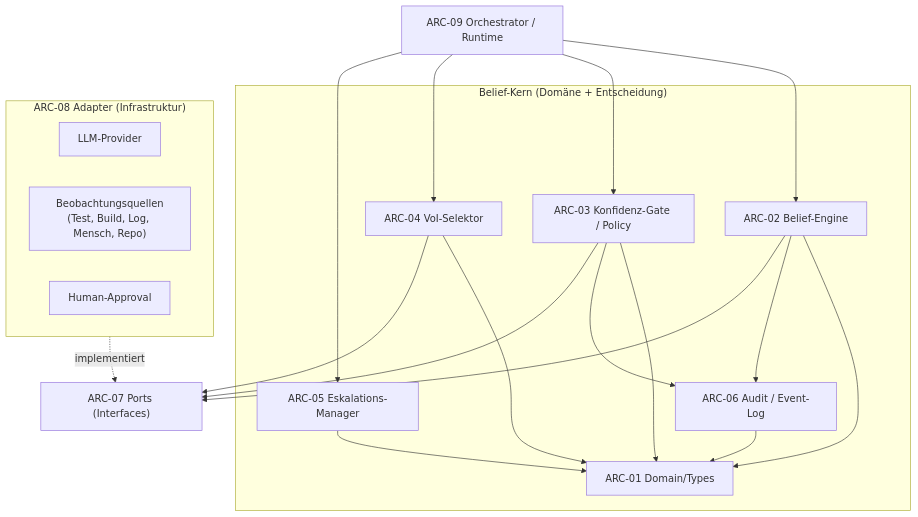
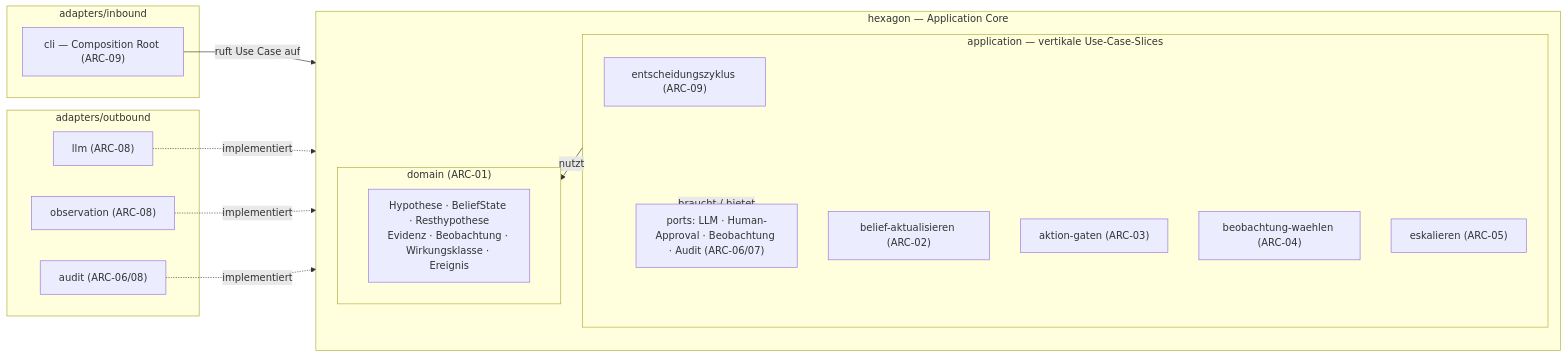
Before and after one commit to pt9912/belief-agent: the first of 2 diagrams in spec/architecture.md, drawn with Mermaid. The commit also changed other lines of this file and 2 other files, not shown here.

First line of the commit message:
spec+adr: HexSlice-Architektur (ADR-0003 + architecture.md)

````diff
--- a/spec/architecture.md
+++ b/spec/architecture.md
@@ -20,34 +22,32 @@
 ```mermaid
-flowchart TB
-    subgraph Kern["Belief-Kern (Domäne + Entscheidung)"]
-        Types["ARC-01 Domain/Types"]
-        Engine["ARC-02 Belief-Engine"]
-        Gate["ARC-03 Konfidenz-Gate / Policy"]
-        VoI["ARC-04 VoI-Selektor"]
-        Esk["ARC-05 Eskalations-Manager"]
-        Audit["ARC-06 Audit / Event-Log"]
+flowchart LR
+    subgraph IN["adapters/inbound"]
+        CLI["cli — Composition Root (ARC-09)"]
     end
-    Ports["ARC-07 Ports (Interfaces)"]
-    Runtime["ARC-09 Orchestrator / Runtime"]
-    subgraph Adapter["ARC-08 Adapter (Infrastruktur)"]
-        LLMA["LLM-Provider"]
-        ObsA["Beobachtungsquellen<br/>(Test, Build, Log, Mensch, Repo)"]
-        AppA["Human-Approval"]
+    subgraph HEX["hexagon — Application Core"]
+        direction TB
+        subgraph APP["application — vertikale Use-Case-Slices"]
+            ZYK["entscheidungszyklus (ARC-09)"]
+            UPD["belief-aktualisieren (ARC-02)"]
+            GATE["aktion-gaten (ARC-03)"]
+            VOI["beobachtung-waehlen (ARC-04)"]
+            ESK["eskalieren (ARC-05)"]
+            PORTS["ports: LLM · Human-Approval · Beobachtung · Audit (ARC-06/07)"]
+        end
+        subgraph DOM["domain (ARC-01)"]
+            D["Hypothese · BeliefState · Resthypothese<br/>Evidenz · Beobachtung · Wirkungsklasse · Ereignis"]
+        end
+    end
+    subgraph OUT["adapters/outbound"]
+        LLM["llm (ARC-08)"]
+        OBS["observation (ARC-08)"]
+        AUD["audit (ARC-06/08)"]
     end
 
-    Runtime --> Engine
-    Runtime --> Gate
-    Runtime --> VoI
-    Runtime --> Esk
-    Engine --> Types
-    Gate --> Types
-    VoI --> Types
-    Esk --> Types
-    Audit --> Types
-    Engine --> Audit
-    Gate --> Audit
-    Engine --> Ports
-    VoI --> Ports
-    Gate --> Ports
-    Adapter -.implementiert.-> Ports
+    CLI -->|ruft Use Case auf| ZYK
+    APP -->|nutzt| DOM
+    APP -->|braucht / bietet| PORTS
+    LLM -.implementiert.-> PORTS
+    OBS -.implementiert.-> PORTS
+    AUD -.implementiert.-> PORTS
 ```
````
